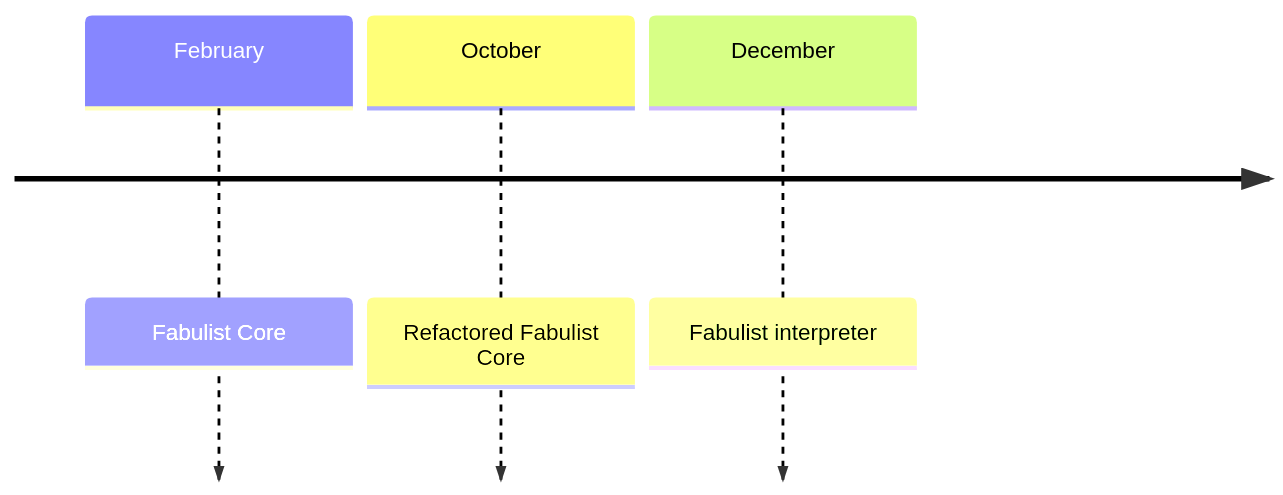
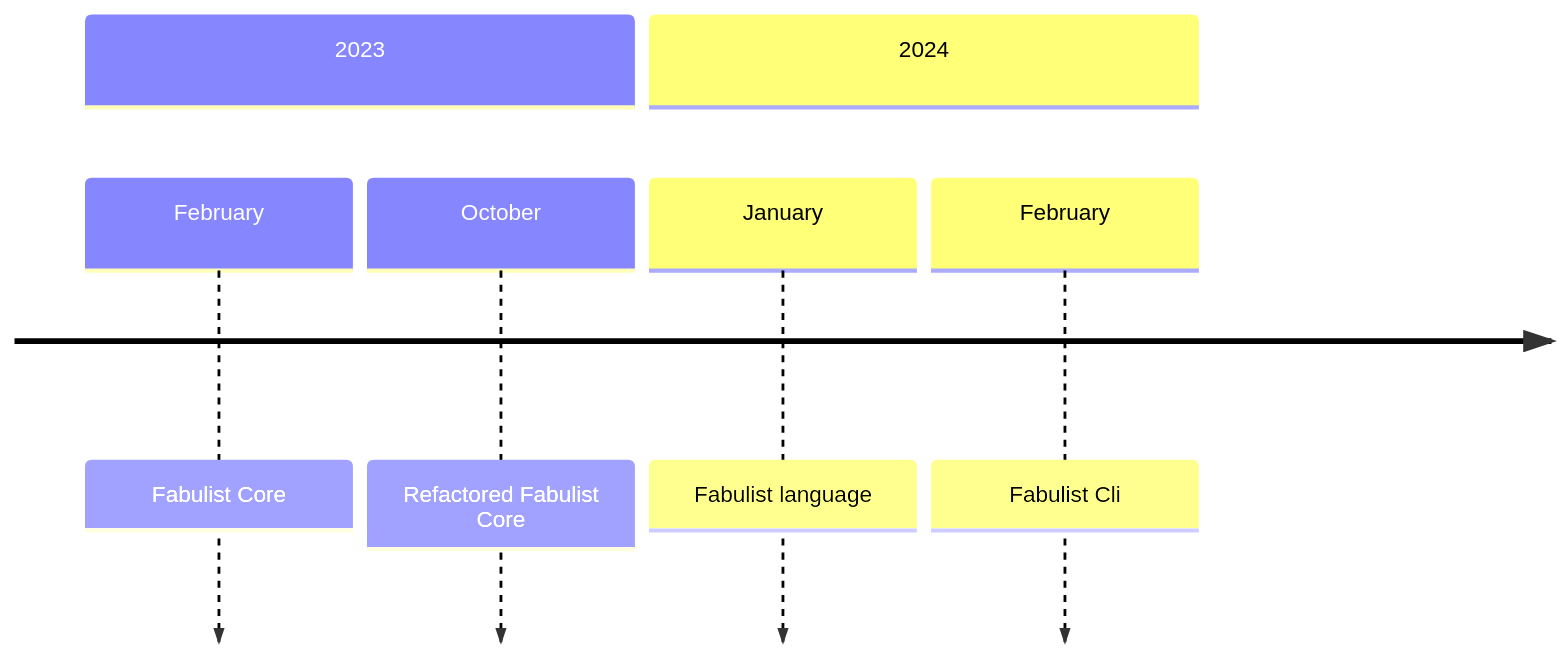
Before and after one commit to coreapostrophe/fabulist: the first of 5 diagrams in README.md, drawn with Mermaid.

Commit message:
chore: updated roadmap

````diff
--- a/README.md
+++ b/README.md
@@ -14,6 +14,9 @@
 ```mermaid
 timeline
-    February: Fabulist Core
-    October: Refactored Fabulist Core
-    December: Fabulist interpreter
+    section 2023
+        February: Fabulist Core
+        October: Refactored Fabulist Core
+    section 2024
+        January: Fabulist language
+        February: Fabulist Cli
 ```
````
